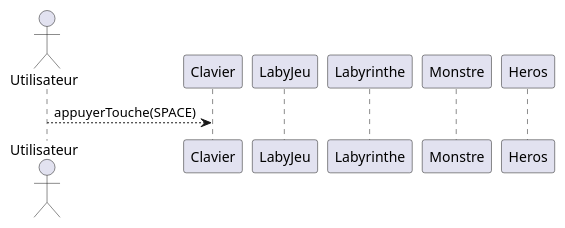
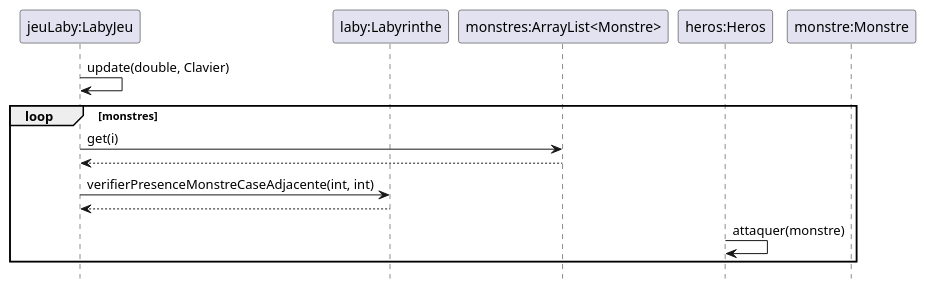
One commit to Stephane-Lpt/SAE_2.01_Zeldiablo changed the diagram in documents/version_4/DiagSeq_attaqueHeros.puml. Above: the diagram before and after it, drawn with PlantUML. The commit also changed 2 other files, not shown here.

Commit message:
Ajout des deux diagrammes de séquence, rectification d'une méthode dans Labyrinthe

```diff
--- a/documents/version_4/DiagSeq_attaqueHeros.puml
+++ b/documents/version_4/DiagSeq_attaqueHeros.puml
@@ -1,19 +1,21 @@
 @startuml
+hide footbox
 
-actor "Utilisateur" as user
-participant "Clavier" as clavier
-participant "LabyJeu" as labyjeu
-participant "Labyrinthe" as laby
-
-participant "Monstre" as monstre
-participant "Heros" as heros
-
-user --> clavier: appuyerTouche(SPACE)
+participant "jeuLaby:LabyJeu" as game
+participant "laby:Labyrinthe" as laby
+participant "monstres:ArrayList<Monstre>" as monstres
+participant "heros:Heros" as heros
+participant "monstre:Monstre" as monstre
 
 
+game -> game: update(double, Clavier)
+loop monstres
+game -> monstres: get(i)
+game <-- monstres
+game -> laby: verifierPresenceMonstreCaseAdjacente(int, int)
+game <-- laby
 
-
-
-
+heros -> heros:attaquer(monstre)
+end
 
 @enduml
```
